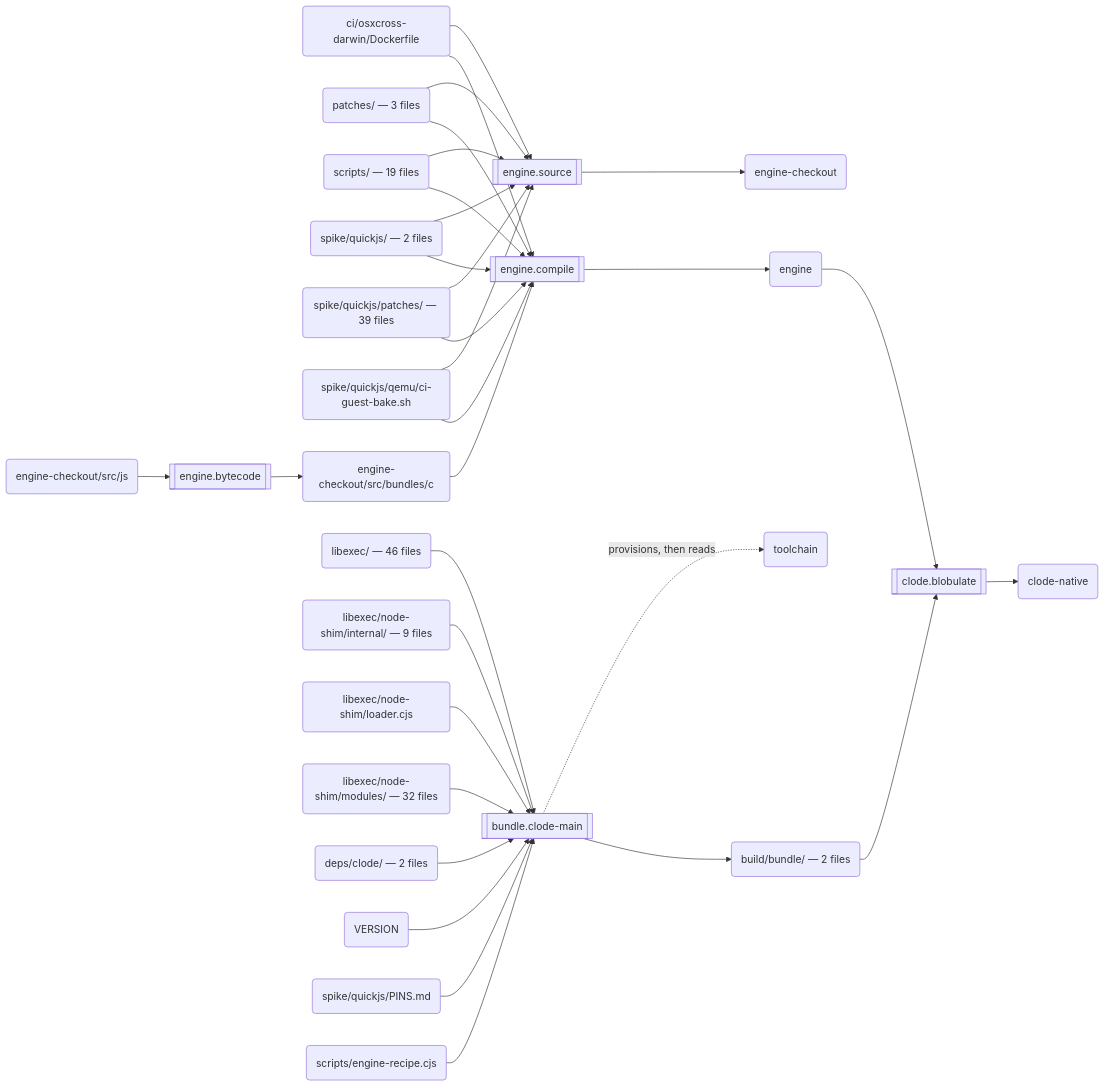
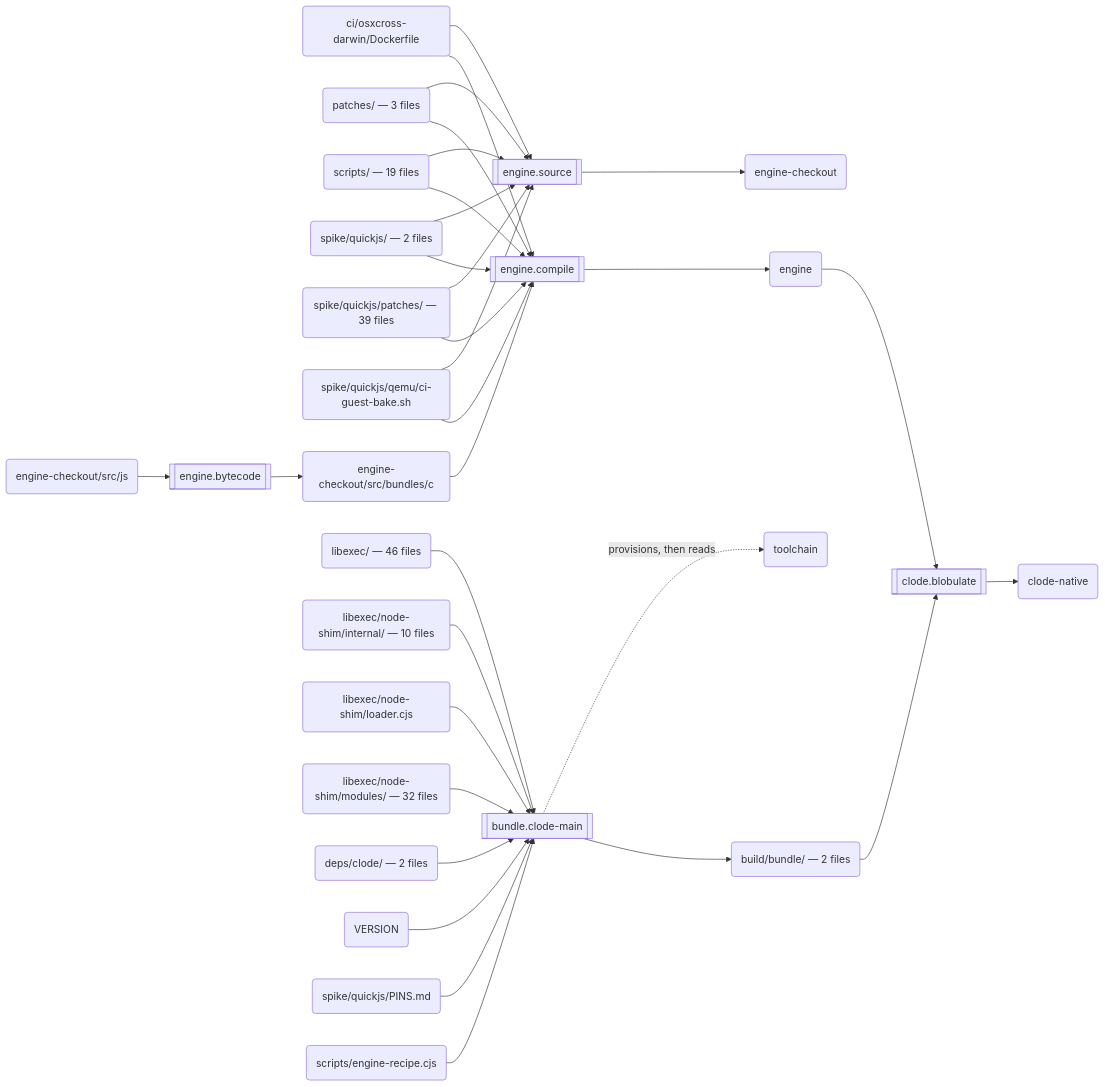
Before and after one commit to schmonz/clode: the second of 3 diagrams in docs/build.md, drawn with Mermaid.

Commit message:
docs(build): regenerate the build graph page for connect-multiple
Claude-Session: https://claude.ai/code/session_01X9pCeEg19PPwwjgrS8wV5a

````diff
--- a/docs/build.md
+++ b/docs/build.md
@@ -123,59 +123,59 @@
 ```mermaid
 flowchart LR
   s0[["engine.source"]]
   a0("ci/osxcross-darwin/Dockerfile")
   a1("patches/ — 3 files")
   a2("scripts/ — 19 files")
   a3("spike/quickjs/ — 2 files")
   a4("spike/quickjs/patches/ — 39 files")
   a5("spike/quickjs/qemu/ci-guest-bake.sh")
   a6("engine-checkout")
   s1[["engine.bytecode"]]
   a7("engine-checkout/src/js")
   a8("engine-checkout/src/bundles/c")
   s2[["engine.compile"]]
   a9("engine")
   s3[["bundle.clode-main"]]
   a10("libexec/ — 46 files")
-  a11("libexec/node-shim/internal/ — 9 files")
+  a11("libexec/node-shim/internal/ — 10 files")
   a12("libexec/node-shim/loader.cjs")
   a13("libexec/node-shim/modules/ — 32 files")
   a14("deps/clode/ — 2 files")
   a15("VERSION")
   a16("spike/quickjs/PINS.md")
   a17("scripts/engine-recipe.cjs")
   a18("toolchain")
   a19("build/bundle/ — 2 files")
   s4[["clode.blobulate"]]
   a20("clode-native")
   a0 --> s0
   a1 --> s0
   a2 --> s0
   a3 --> s0
   a4 --> s0
   a5 --> s0
   s0 --> a6
   a7 --> s1
   s1 --> a8
   a8 --> s2
   a0 --> s2
   a1 --> s2
   a2 --> s2
   a3 --> s2
   a4 --> s2
   a5 --> s2
   s2 --> a9
   a10 --> s3
   a11 --> s3
   a12 --> s3
   a13 --> s3
   a14 --> s3
   a15 --> s3
   a16 --> s3
   a17 --> s3
   s3 -.->|"provisions, then reads"| a18
   s3 --> a19
   a9 --> s4
   a19 --> s4
   s4 --> a20
 ```
````
